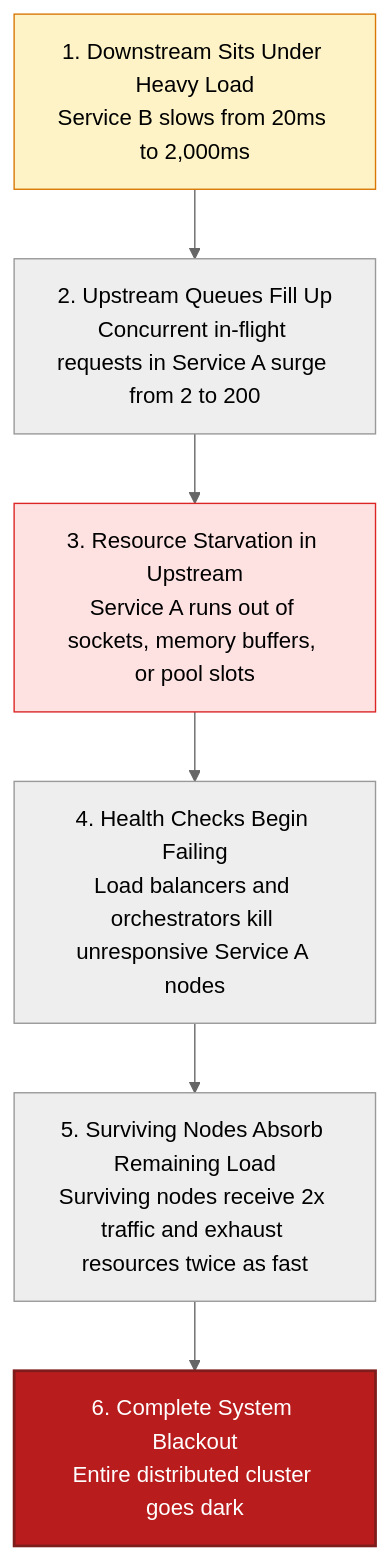
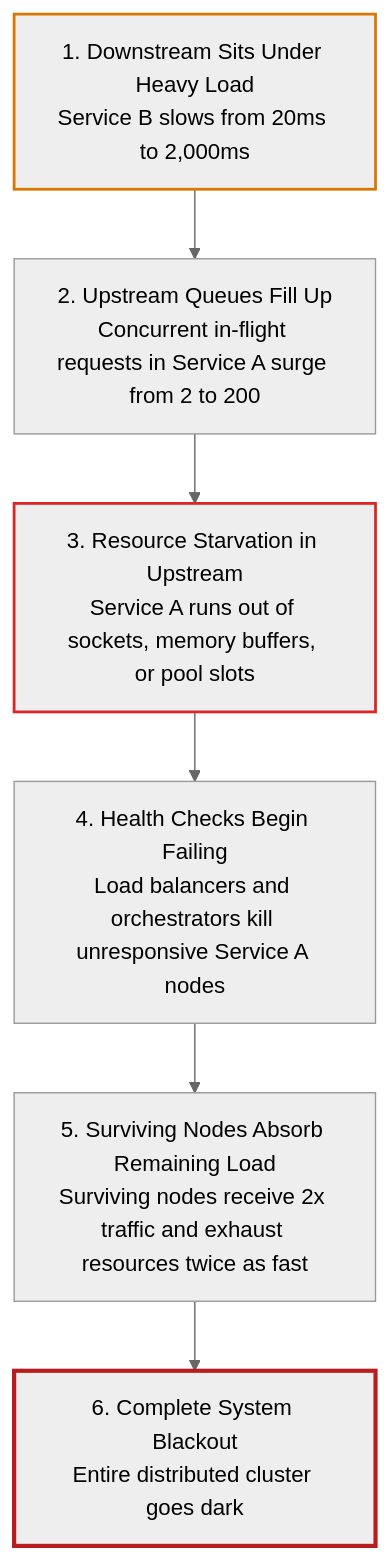
Before and after one commit to yodh4/ubiquitous-parakeet: the third of 3 diagrams in docs/00-distributed-failure-mechanics.md, drawn with Mermaid (neutral theme). The commit also changed 5 other files, not shown here.

Commit message:
Docs: Fix dark/light theme contrast across all diagrams and add DOCUMENTATION_RULES.md

````diff
--- a/docs/00-distributed-failure-mechanics.md
+++ b/docs/00-distributed-failure-mechanics.md
@@ -98,13 +98,13 @@
 ```mermaid
 flowchart TD
     Step1["1. Downstream Sits Under Heavy Load<br/>Service B slows from 20ms to 2,000ms"] 
     --> Step2["2. Upstream Queues Fill Up<br/>Concurrent in-flight requests in Service A surge from 2 to 200"]
     --> Step3["3. Resource Starvation in Upstream<br/>Service A runs out of sockets, memory buffers, or pool slots"]
     --> Step4["4. Health Checks Begin Failing<br/>Load balancers and orchestrators kill unresponsive Service A nodes"]
     --> Step5["5. Surviving Nodes Absorb Remaining Load<br/>Surviving nodes receive 2x traffic and exhaust resources twice as fast"]
     --> Step6["6. Complete System Blackout<br/>Entire distributed cluster goes dark"]
 
-    style Step1 fill:#fef3c7,stroke:#d97706,stroke-width:1px
-    style Step3 fill:#fee2e2,stroke:#dc2626,stroke-width:1px
-    style Step6 fill:#b91c1c,stroke:#7f1d1d,stroke-width:2px,color:#fff
+    style Step1 stroke:#d97706,stroke-width:2px
+    style Step3 stroke:#dc2626,stroke-width:2px
+    style Step6 stroke:#b91c1c,stroke-width:3px
 ```
````
